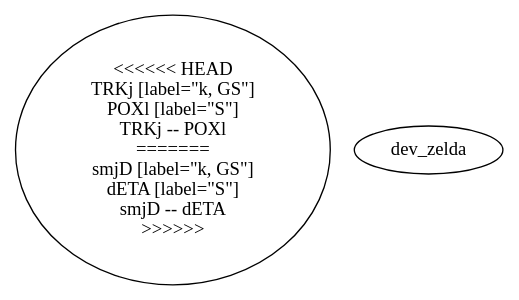
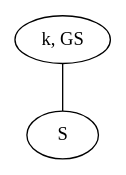
The diagram in data/VGLC/Zelda/rules/1/16_K.dot (schrum2/MM-NEAT), drawn with Graphviz before and after one commit. The commit also changed 24 other files, not shown here.

```diff
--- a/data/VGLC/Zelda/rules/1/16_K.dot
+++ b/data/VGLC/Zelda/rules/1/16_K.dot
@@ -1,11 +1,5 @@
 graph {
-<<<<<<< HEAD
-TRKj [label="k, GS"]
-POXl [label="S"]
-TRKj -- POXl
-=======
-smjD [label="k, GS"]
-dETA [label="S"]
-smjD -- dETA
->>>>>>> dev_zelda
+LzHp [label="k, GS"]
+nNSx [label="S"]
+LzHp -- nNSx
 }
```
